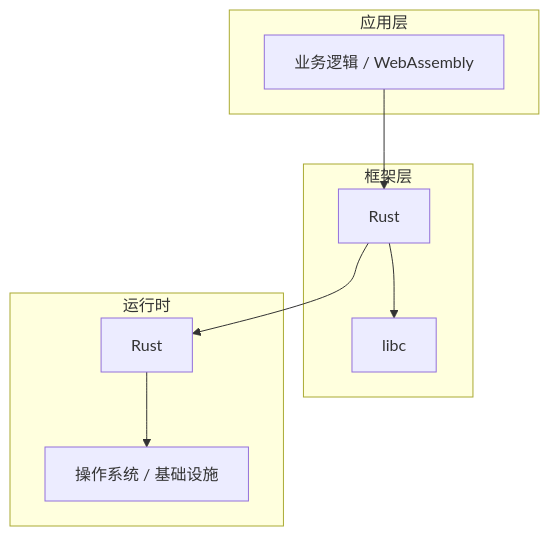
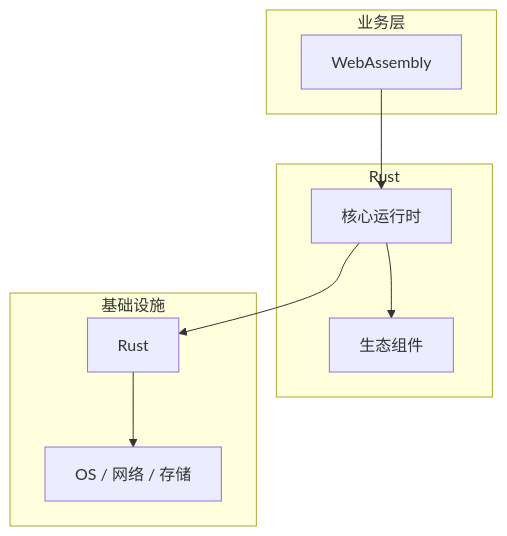
One commit to yanggan2015/knowledge-json-v2 changed the diagram in articles/Rust系统编程/chapters/041-WebAssembly核心概念与原理.md. Above: the diagram before and after it, drawn with Mermaid. The commit also changed other lines of this file and 10127 other files, not shown here.

````diff
--- a/articles/Rust系统编程/chapters/041-WebAssembly核心概念与原理.md
+++ b/articles/Rust系统编程/chapters/041-WebAssembly核心概念与原理.md
@@ -45,18 +30,18 @@
 ```mermaid
 graph TB
-    subgraph 应用层
-        A[业务逻辑 / WebAssembly]
+    subgraph 业务层
+        A[WebAssembly]
     end
-    subgraph 框架层
-        B[Rust]
-        C[libc]
+    subgraph Rust
+        B[核心运行时]
+        C[生态组件]
     end
-    subgraph 运行时
+    subgraph 基础设施
         D[Rust]
-        E[操作系统 / 基础设施]
+        E[OS / 网络 / 存储]
     end
     A --> B
     B --> C
     B --> D
     D --> E
 ```
````
